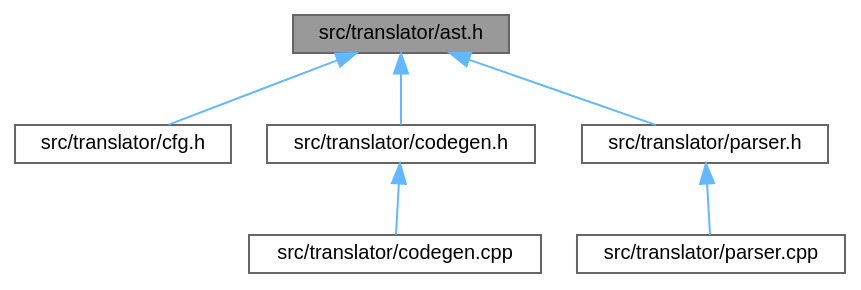
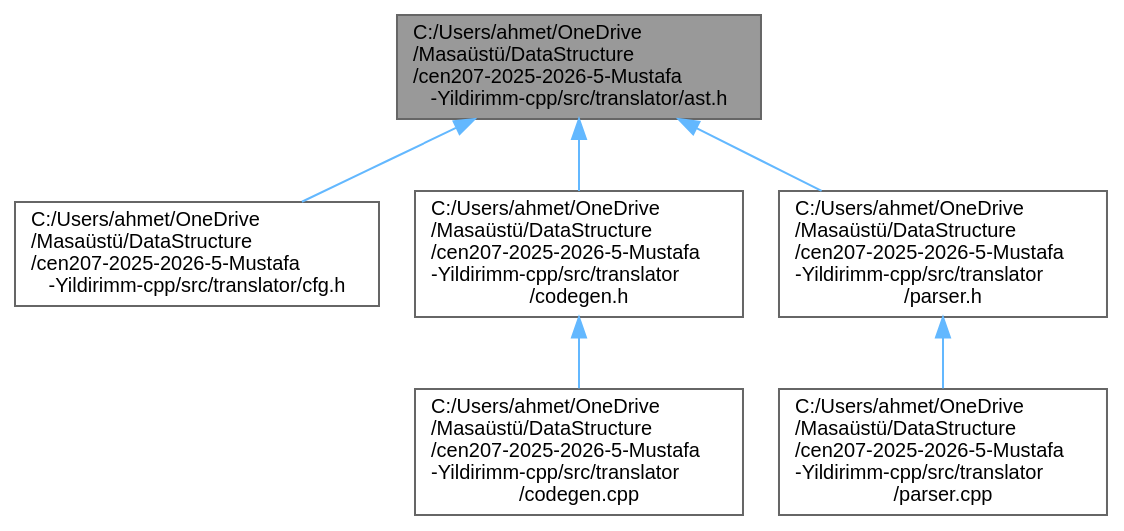
The diagram in docs/doxygenlibwin/rtf/ast_8h__dep__incl.dot (mustafayldrnn/cen207-2025-2026-5-Mustafa-Yildirimm-cpp), drawn with Graphviz before and after one commit. The commit also changed 1110 other files, not shown here.

```diff
--- a/docs/doxygenlibwin/rtf/ast_8h__dep__incl.dot
+++ b/docs/doxygenlibwin/rtf/ast_8h__dep__incl.dot
@@ -1,19 +1,19 @@
-digraph "src/translator/ast.h"
+digraph "C:/Users/ahmet/OneDrive/Masaüstü/DataStructure/cen207-2025-2026-5-Mustafa-Yildirimm-cpp/src/translator/ast.h"
 {
  // INTERACTIVE_SVG=YES
  // LATEX_PDF_SIZE
   bgcolor="transparent";
   edge [fontname=Helvetica,fontsize=10,labelfontname=Helvetica,labelfontsize=10];
   node [fontname=Helvetica,fontsize=10,shape=box,height=0.2,width=0.4];
-  Node1 [id="Node000001",label="src/translator/ast.h",height=0.2,width=0.4,color="gray40", fillcolor="grey60", style="filled", fontcolor="black",tooltip="Basit ifade ve deyim ağaçları (AST) tanımları"];
+  Node1 [id="Node000001",label="C:/Users/ahmet/OneDrive\l/Masaüstü/DataStructure\l/cen207-2025-2026-5-Mustafa\l-Yildirimm-cpp/src/translator/ast.h",height=0.2,width=0.4,color="gray40", fillcolor="grey60", style="filled", fontcolor="black",tooltip="Basit ifade ve deyim ağaçları (AST) tanımları"];
   Node1 -> Node2 [id="edge11_Node000001_Node000002",dir="back",color="steelblue1",style="solid",tooltip=" "];
-  Node2 [id="Node000002",label="src/translator/cfg.h",height=0.2,width=0.4,color="grey40", fillcolor="white", style="filled",URL="$cfg_8h.html",tooltip="Programdan kontrol akışı grafiği (CFG) üretimi yardımcıları"];
+  Node2 [id="Node000002",label="C:/Users/ahmet/OneDrive\l/Masaüstü/DataStructure\l/cen207-2025-2026-5-Mustafa\l-Yildirimm-cpp/src/translator/cfg.h",height=0.2,width=0.4,color="grey40", fillcolor="white", style="filled",URL="$cfg_8h.html",tooltip="Programdan kontrol akışı grafiği (CFG) üretimi yardımcıları"];
   Node1 -> Node3 [id="edge12_Node000001_Node000003",dir="back",color="steelblue1",style="solid",tooltip=" "];
-  Node3 [id="Node000003",label="src/translator/codegen.h",height=0.2,width=0.4,color="grey40", fillcolor="white", style="filled",URL="$codegen_8h.html",tooltip="AST'ten C++ kodu üretimi için arabirim."];
+  Node3 [id="Node000003",label="C:/Users/ahmet/OneDrive\l/Masaüstü/DataStructure\l/cen207-2025-2026-5-Mustafa\l-Yildirimm-cpp/src/translator\l/codegen.h",height=0.2,width=0.4,color="grey40", fillcolor="white", style="filled",URL="$codegen_8h.html",tooltip="AST'ten C++ kodu üretimi için arabirim."];
   Node3 -> Node4 [id="edge13_Node000003_Node000004",dir="back",color="steelblue1",style="solid",tooltip=" "];
-  Node4 [id="Node000004",label="src/translator/codegen.cpp",height=0.2,width=0.4,color="grey40", fillcolor="white", style="filled",URL="$codegen_8cpp.html",tooltip="AST'yi C++ kaynak koduna dönüştüren yordamların uygulaması."];
+  Node4 [id="Node000004",label="C:/Users/ahmet/OneDrive\l/Masaüstü/DataStructure\l/cen207-2025-2026-5-Mustafa\l-Yildirimm-cpp/src/translator\l/codegen.cpp",height=0.2,width=0.4,color="grey40", fillcolor="white", style="filled",URL="$codegen_8cpp.html",tooltip="AST'yi C++ kaynak koduna dönüştüren yordamların uygulaması."];
   Node1 -> Node5 [id="edge14_Node000001_Node000005",dir="back",color="steelblue1",style="solid",tooltip=" "];
-  Node5 [id="Node000005",label="src/translator/parser.h",height=0.2,width=0.4,color="grey40", fillcolor="white", style="filled",URL="$parser_8h.html",tooltip="Leksik belirteçlerden AST üreten sözdizim analizcisi."];
+  Node5 [id="Node000005",label="C:/Users/ahmet/OneDrive\l/Masaüstü/DataStructure\l/cen207-2025-2026-5-Mustafa\l-Yildirimm-cpp/src/translator\l/parser.h",height=0.2,width=0.4,color="grey40", fillcolor="white", style="filled",URL="$parser_8h.html",tooltip="Leksik belirteçlerden AST üreten sözdizim analizcisi."];
   Node5 -> Node6 [id="edge15_Node000005_Node000006",dir="back",color="steelblue1",style="solid",tooltip=" "];
-  Node6 [id="Node000006",label="src/translator/parser.cpp",height=0.2,width=0.4,color="grey40", fillcolor="white", style="filled",URL="$parser_8cpp.html",tooltip="Parser uygulaması: Token dizisinden AST üretir."];
+  Node6 [id="Node000006",label="C:/Users/ahmet/OneDrive\l/Masaüstü/DataStructure\l/cen207-2025-2026-5-Mustafa\l-Yildirimm-cpp/src/translator\l/parser.cpp",height=0.2,width=0.4,color="grey40", fillcolor="white", style="filled",URL="$parser_8cpp.html",tooltip="Parser uygulaması: Token dizisinden AST üretir."];
 }
```
